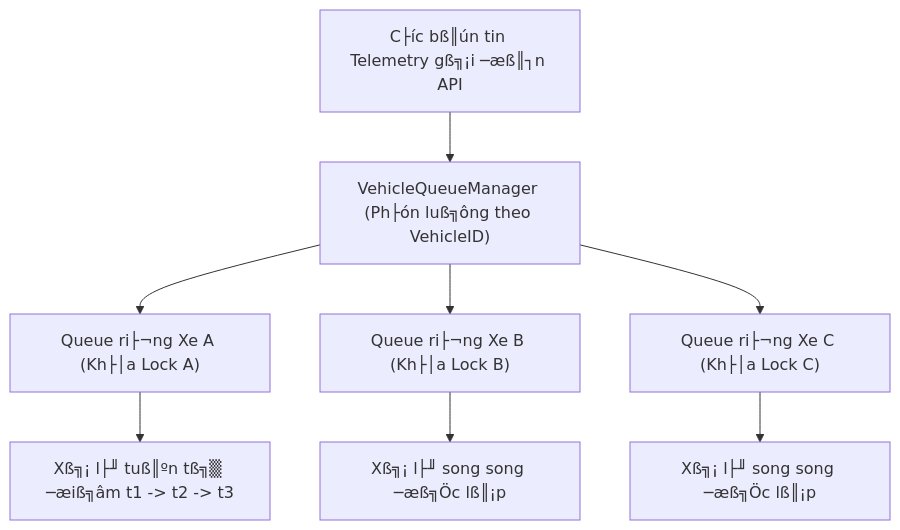
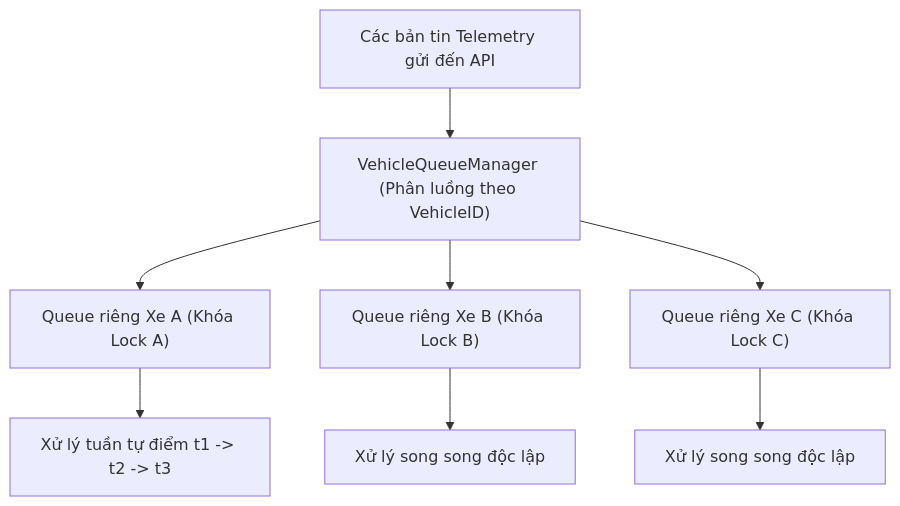
The fourth of 4 diagrams in README.md (HOANGTHI2509/THUCTAP-VICOMSAT-D1), drawn with Mermaid before and after one commit. The commit also changed other lines of this file, not shown here.

````diff
--- a/README.md
+++ b/README.md
@@ -590,10 +590,10 @@
 ```mermaid
 flowchart TD
-    In["C├íc bß║ún tin Telemetry gß╗¡i ─æß║┐n API"] --> QM["VehicleQueueManager (Ph├ón luß╗ông theo VehicleID)"]
-    QM --> QA["Queue ri├¬ng Xe A (Kh├│a Lock A)"]
-    QM --> QB["Queue ri├¬ng Xe B (Kh├│a Lock B)"]
-    QM --> QC["Queue ri├¬ng Xe C (Kh├│a Lock C)"]
-    QA --> EA["Xß╗¡ l├╜ tuß║ºn tß╗▒ ─æiß╗âm t1 -> t2 -> t3"]
-    QB --> EB["Xß╗¡ l├╜ song song ─æß╗Öc lß║¡p"]
-    QC --> EC["Xß╗¡ l├╜ song song ─æß╗Öc lß║¡p"]
+    In["Các bản tin Telemetry gửi đến API"] --> QM["VehicleQueueManager (Phân luồng theo VehicleID)"]
+    QM --> QA["Queue riêng Xe A (Khóa Lock A)"]
+    QM --> QB["Queue riêng Xe B (Khóa Lock B)"]
+    QM --> QC["Queue riêng Xe C (Khóa Lock C)"]
+    QA --> EA["Xử lý tuần tự điểm t1 -> t2 -> t3"]
+    QB --> EB["Xử lý song song độc lập"]
+    QC --> EC["Xử lý song song độc lập"]
 ```
````
